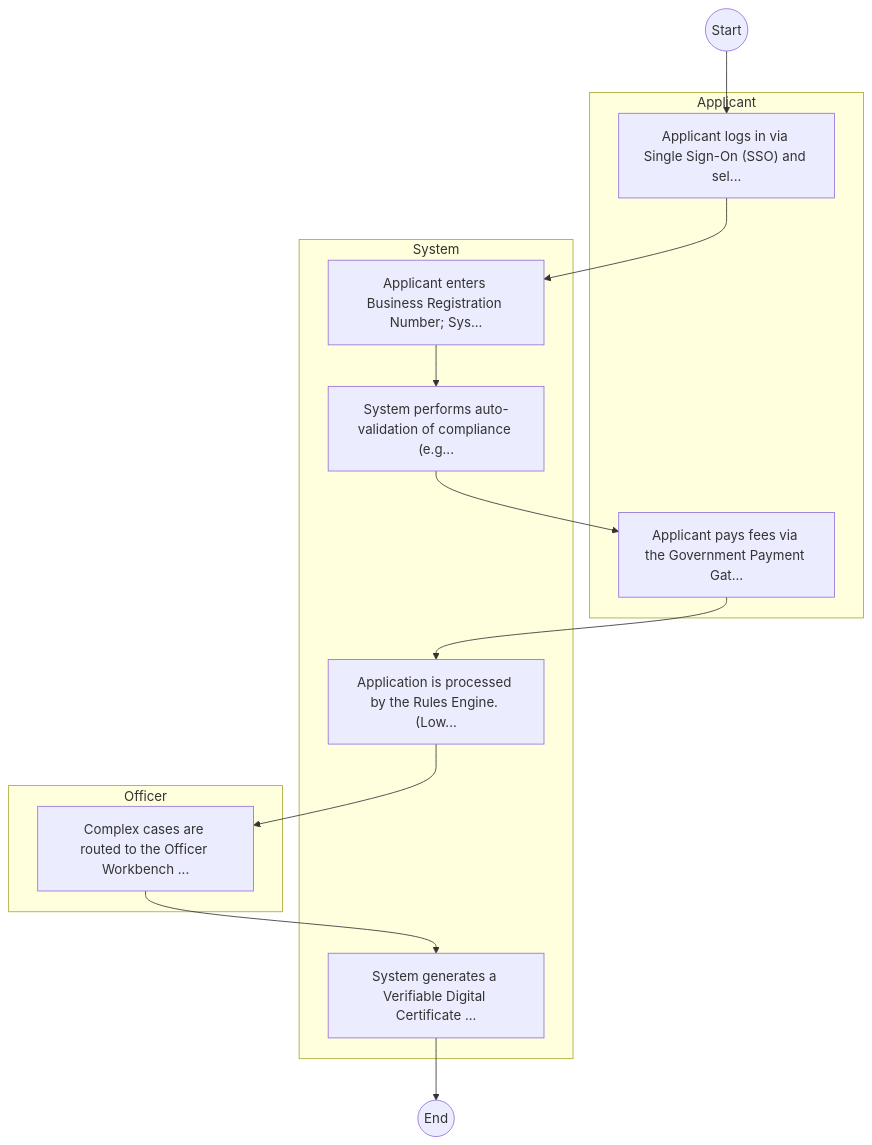
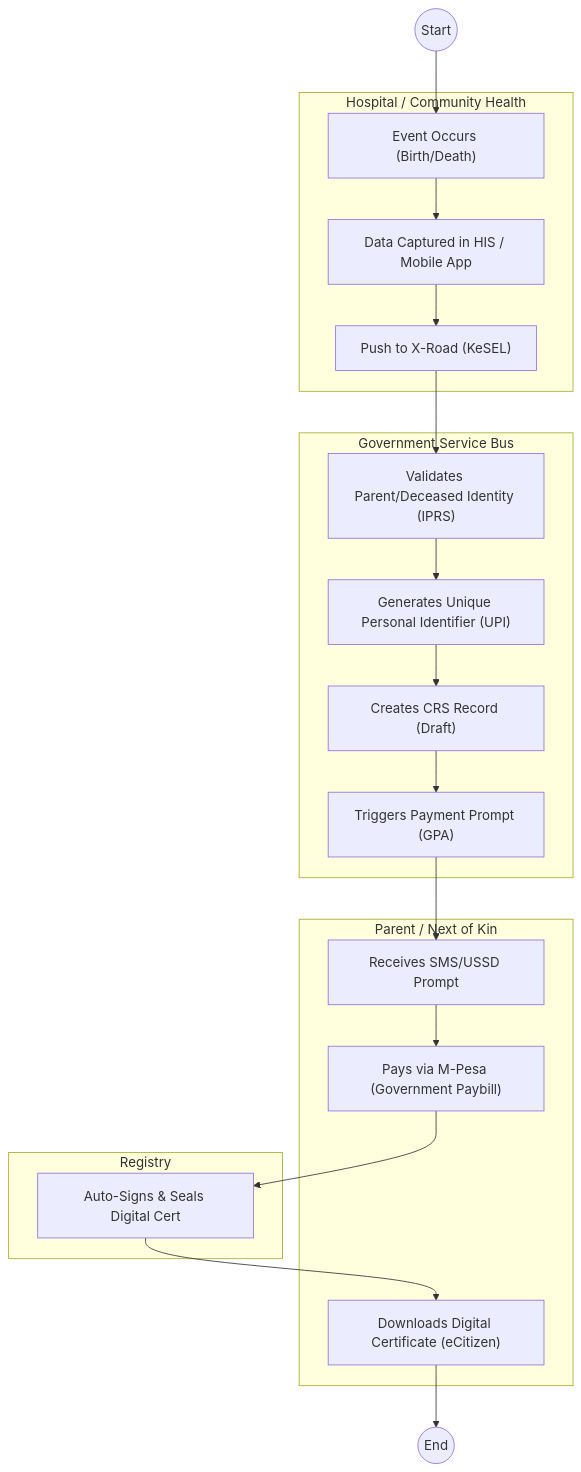
The second of 2 diagrams in mdas/docs_final/_CIVIL_REGISTRATION_SERVICES_CRS____Service_Delivery.md (BITZ-IT-Consulting-LTD/ictapoc), drawn with Mermaid before and after one commit. The commit also changed other lines of this file and 60 other files, not shown here.

````diff
--- a/mdas/docs_final/_CIVIL_REGISTRATION_SERVICES_CRS____Service_Delivery.md
+++ b/mdas/docs_final/_CIVIL_REGISTRATION_SERVICES_CRS____Service_Delivery.md
@@ -102,24 +118,35 @@
 ```mermaid
 graph TD
     Start((Start)) --> S1
-    subgraph Applicant [Applicant]
-        S1["Applicant logs in via Single Sign-On (SSO) and sel..."]
-        S4["Applicant pays fees via the Government Payment Gat..."]
+    subgraph Health_System [Hospital / Community Health]
+        S1["Event Occurs (Birth/Death)"]
+        S2["Data Captured in HIS / Mobile App"]
+        S3["Push to X-Road (KeSEL)"]
     end
-    subgraph System [System]
-        S2["Applicant enters Business Registration Number; Sys..."]
-        S3["System performs auto-validation of compliance (e.g..."]
-        S5["Application is processed by the Rules Engine. (Low..."]
-        S7["System generates a Verifiable Digital Certificate ..."]
+    subgraph WoG_Platform [Government Service Bus]
+        S4["Validates Parent/Deceased Identity (IPRS)"]
+        S5["Generates Unique Personal Identifier (UPI)"]
+        S6["Creates CRS Record (Draft)"]
+        S7["Triggers Payment Prompt (GPA)"]
     end
-    subgraph Officer [Officer]
-        S6["Complex cases are routed to the Officer Workbench ..."]
+    subgraph Citizen [Parent / Next of Kin]
+        S8["Receives SMS/USSD Prompt"]
+        S9["Pays via M-Pesa (Government Paybill)"]
+        S11["Downloads Digital Certificate (eCitizen)"]
     end
+    subgraph CRS_Backend [Registry]
+        S10["Auto-Signs & Seals Digital Cert"]
+    end
+    
     S1 --> S2
     S2 --> S3
     S3 --> S4
     S4 --> S5
     S5 --> S6
     S6 --> S7
-    S7 --> End((End))
+    S7 --> S8
+    S8 --> S9
+    S9 --> S10
+    S10 --> S11
+    S11 --> End((End))
 ```
````
